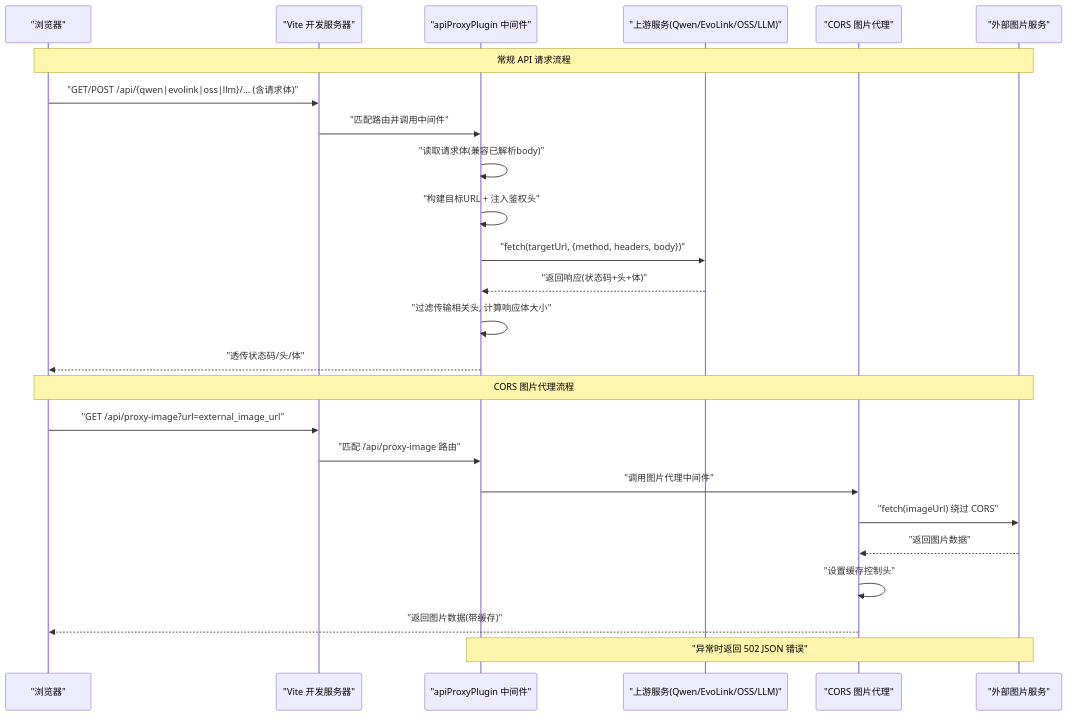
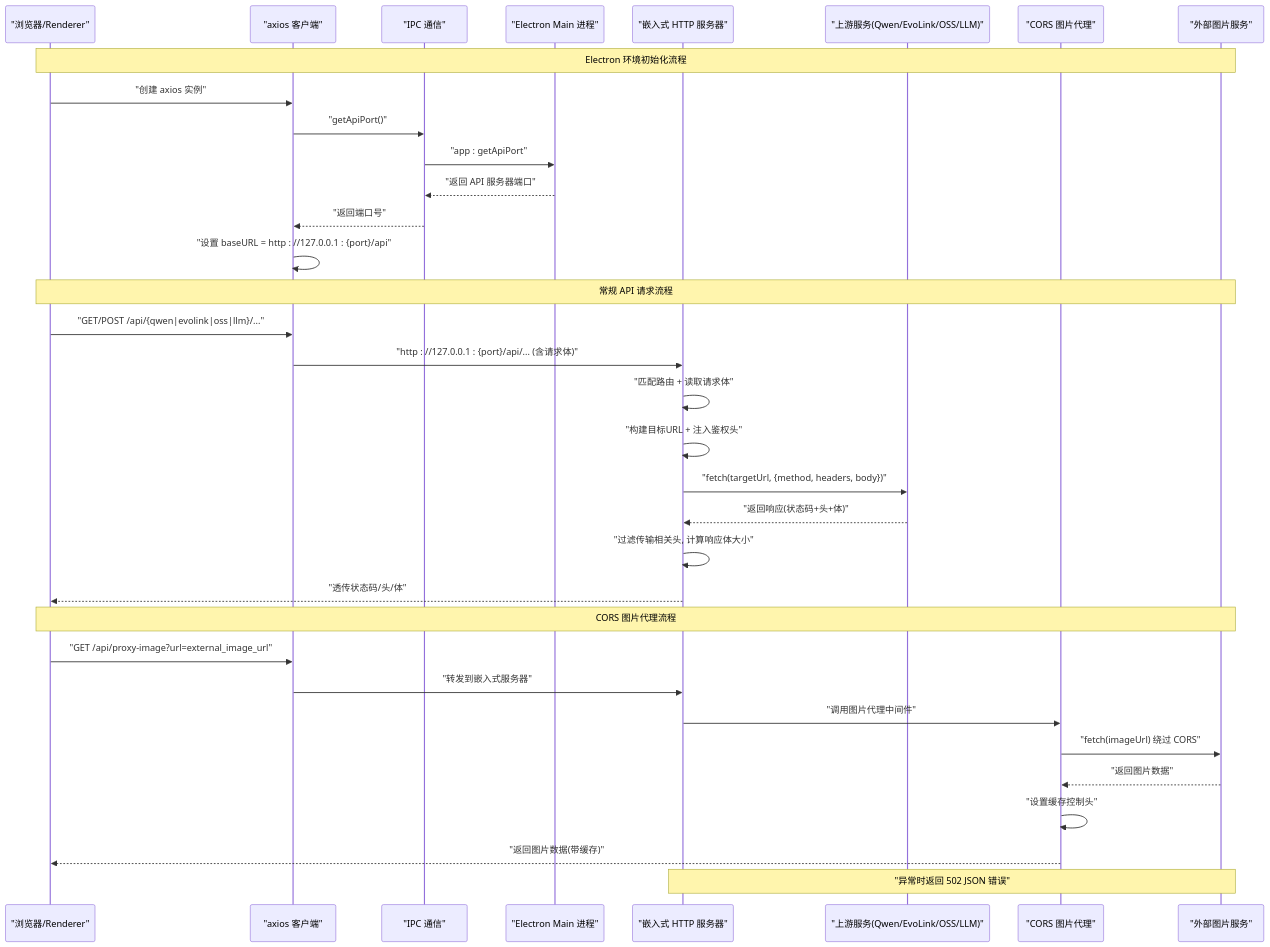
One commit to AlbusWei/AI-Image-Studio changed the second of 3 diagrams in .qoder/repowiki/zh/content/服务层/API 代理服务.md. Above: the diagram before and after it, drawn with Mermaid. The commit also changed other lines of this file and 37 other files, not shown here.

````diff
--- a/.qoder/repowiki/zh/content/服务层/API 代理服务.md
+++ b/.qoder/repowiki/zh/content/服务层/API 代理服务.md
@@ -93,27 +115,36 @@
 ```mermaid
 sequenceDiagram
-participant Client as "浏览器"
-participant Vite as "Vite 开发服务器"
-participant Proxy as "apiProxyPlugin 中间件"
+participant Client as "浏览器/Renderer"
+participant Axios as "axios 客户端"
+participant IPC as "IPC 通信"
+participant Main as "Electron Main 进程"
+participant Server as "嵌入式 HTTP 服务器"
 participant Upstream as "上游服务(Qwen/EvoLink/OSS/LLM)"
 participant ImgProxy as "CORS 图片代理"
 participant External as "外部图片服务"
+Note over Client,External : Electron 环境初始化流程
+Client->>Axios : "创建 axios 实例"
+Axios->>IPC : "getApiPort()"
+IPC->>Main : "app : getApiPort"
+Main-->>IPC : "返回 API 服务器端口"
+IPC-->>Axios : "返回端口号"
+Axios->>Axios : "设置 baseURL = http : //127.0.0.1 : {port}/api"
 Note over Client,External : 常规 API 请求流程
-Client->>Vite : "GET/POST /api/{qwen|evolink|oss|llm}/... (含请求体)"
-Vite->>Proxy : "匹配路由并调用中间件"
-Proxy->>Proxy : "读取请求体(兼容已解析body)"
-Proxy->>Proxy : "构建目标URL + 注入鉴权头"
-Proxy->>Upstream : "fetch(targetUrl, {method, headers, body})"
-Upstream-->>Proxy : "返回响应(状态码+头+体)"
-Proxy->>Proxy : "过滤传输相关头, 计算响应体大小"
-Proxy-->>Client : "透传状态码/头/体"
+Client->>Axios : "GET/POST /api/{qwen|evolink|oss|llm}/..."
+Axios->>Server : "http : //127.0.0.1 : {port}/api/... (含请求体)"
+Server->>Server : "匹配路由 + 读取请求体"
+Server->>Server : "构建目标URL + 注入鉴权头"
+Server->>Upstream : "fetch(targetUrl, {method, headers, body})"
+Upstream-->>Server : "返回响应(状态码+头+体)"
+Server->>Server : "过滤传输相关头, 计算响应体大小"
+Server-->>Client : "透传状态码/头/体"
 Note over Client,External : CORS 图片代理流程
-Client->>Vite : "GET /api/proxy-image?url=external_image_url"
-Vite->>Proxy : "匹配 /api/proxy-image 路由"
-Proxy->>ImgProxy : "调用图片代理中间件"
+Client->>Axios : "GET /api/proxy-image?url=external_image_url"
+Axios->>Server : "转发到嵌入式服务器"
+Server->>ImgProxy : "调用图片代理中间件"
 ImgProxy->>External : "fetch(imageUrl) 绕过 CORS"
 External-->>ImgProxy : "返回图片数据"
 ImgProxy->>ImgProxy : "设置缓存控制头"
 ImgProxy-->>Client : "返回图片数据(带缓存)"
-Note over Proxy,External : "异常时返回 502 JSON 错误"
+Note over Server,External : "异常时返回 502 JSON 错误"
 ```
````
